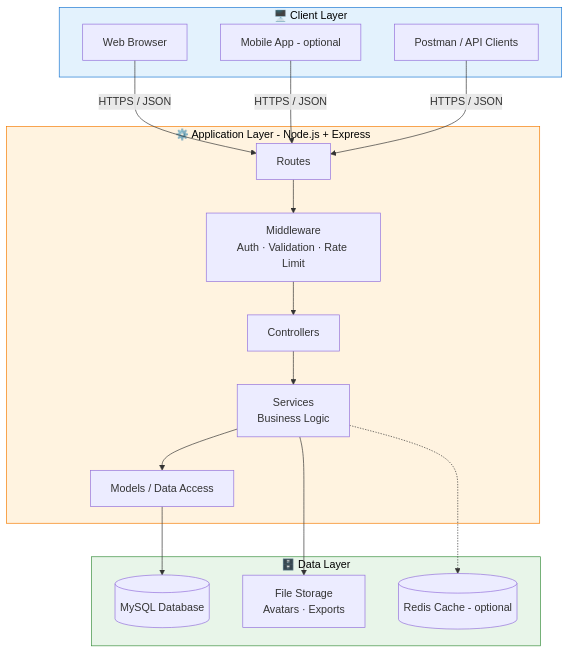
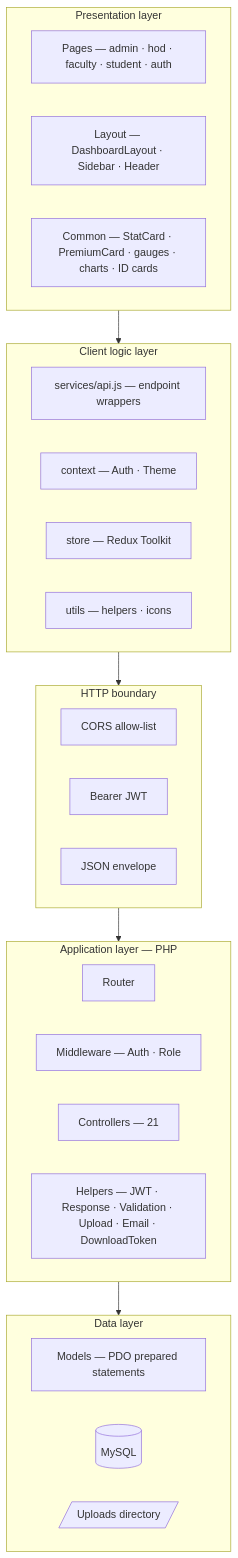
The third of 46 diagrams in README.md (shahdhairyah/ADITCMS), drawn with Mermaid before and after one commit. The commit also changed other lines of this file, not shown here.

````diff
--- a/README.md
+++ b/README.md
@@ -171,34 +296,31 @@
 ```mermaid
 flowchart TB
-    subgraph Client["🖥️ Client Layer"]
-        A1[Web Browser]
-        A2[Mobile App - optional]
-        A3[Postman / API Clients]
+    subgraph L1["Presentation layer"]
+        P1[Pages — admin · hod · faculty · student · auth]
+        P2[Layout — DashboardLayout · Sidebar · Header]
+        P3[Common — StatCard · PremiumCard · gauges · charts · ID cards]
     end
-
-    subgraph Server["⚙️ Application Layer - Node.js + Express"]
-        B1[Routes]
-        B2[Middleware<br/>Auth · Validation · Rate Limit]
-        B3[Controllers]
-        B4[Services<br/>Business Logic]
-        B5[Models / Data Access]
-        B1 --> B2 --> B3 --> B4 --> B5
+    subgraph L2["Client logic layer"]
+        C1[services/api.js — endpoint wrappers]
+        C2[context — Auth · Theme]
+        C3[store — Redux Toolkit]
+        C4[utils — helpers · icons]
     end
-
-    subgraph Data["🗄️ Data Layer"]
-        C1[(MySQL Database)]
-        C2[File Storage<br/>Avatars · Exports]
-        C3[(Redis Cache - optional)]
+    subgraph L3["HTTP boundary"]
+        H1[CORS allow-list]
+        H2[Bearer JWT]
+        H3[JSON envelope]
     end
-
-    A1 -->|HTTPS / JSON| B1
-    A2 -->|HTTPS / JSON| B1
-    A3 -->|HTTPS / JSON| B1
-    B5 --> C1
-    B4 --> C2
-    B4 -.-> C3
-
-    style Client fill:#e3f2fd,stroke:#1976d2,color:#000
-    style Server fill:#fff3e0,stroke:#f57c00,color:#000
-    style Data fill:#e8f5e9,stroke:#388e3c,color:#000
+    subgraph L4["Application layer — PHP"]
+        A1[Router]
+        A2[Middleware — Auth · Role]
+        A3[Controllers — 21]
+        A4[Helpers — JWT · Response · Validation · Upload · Email · DownloadToken]
+    end
+    subgraph L5["Data layer"]
+        D1[Models — PDO prepared statements]
+        D2[(MySQL)]
+        D3[/Uploads directory/]
+    end
+    L1 --> L2 --> L3 --> L4 --> L5
 ```
````
